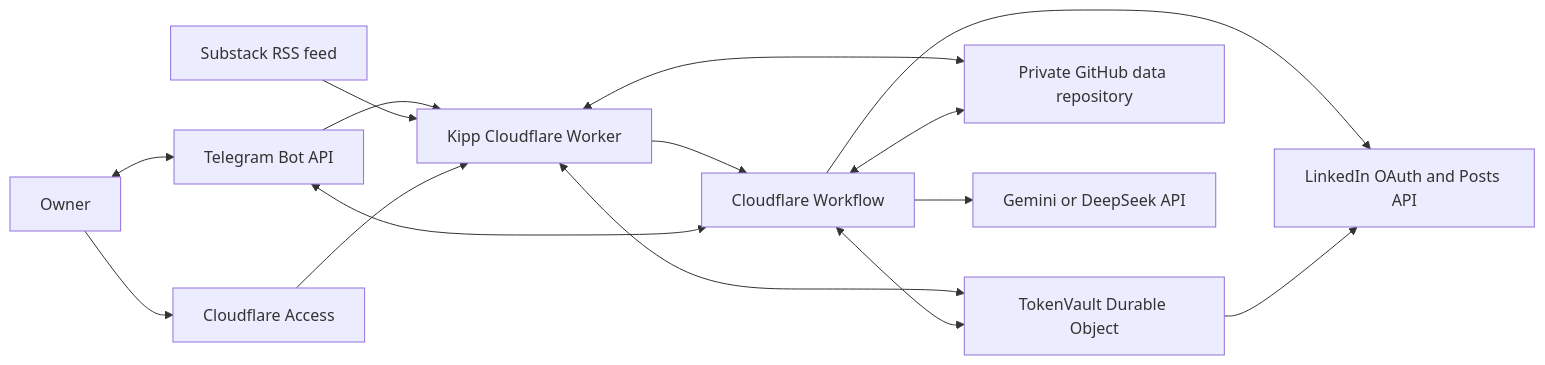
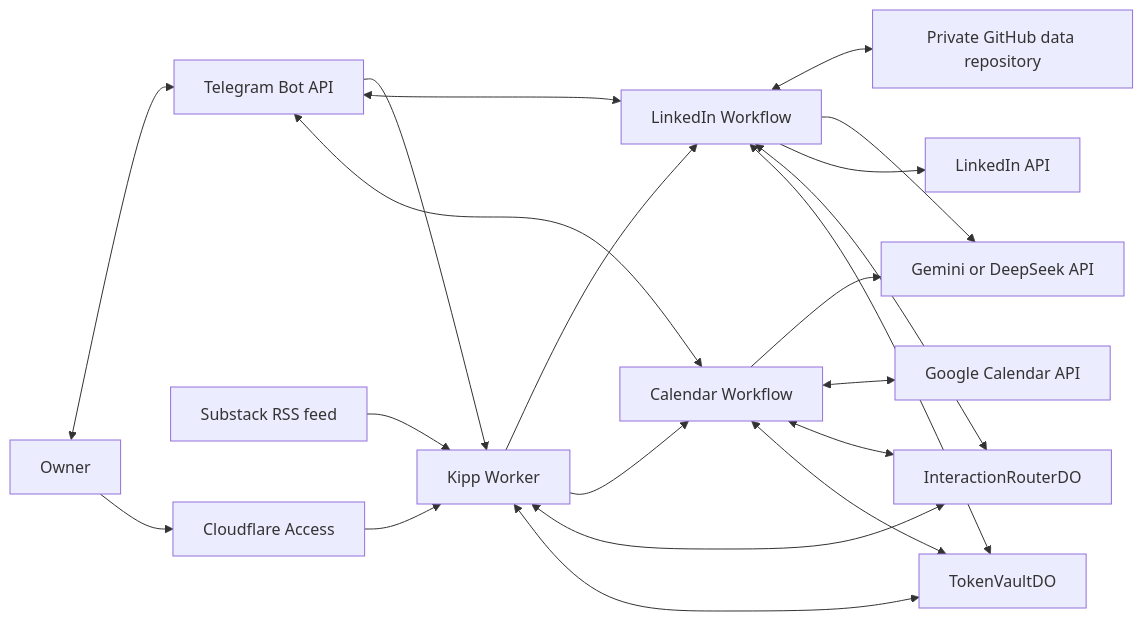
The first of 2 diagrams in docs/architecture/system.md (satwikhebbar/kipp), drawn with Mermaid before and after one commit. The commit also changed other lines of this file and 8 other files, not shown here.

Commit message:
docs: refresh Kipp architecture and README

````diff
--- a/docs/architecture/system.md
+++ b/docs/architecture/system.md
@@ -9,27 +10,24 @@
 ```mermaid
 flowchart LR
-  user["Owner"]
-  telegram["Telegram Bot API"]
-  rss["Substack RSS feed"]
-  access["Cloudflare Access"]
-  worker["Kipp Cloudflare Worker"]
-  workflow["Cloudflare Workflow"]
-  vault["TokenVault Durable Object"]
-  data["Private GitHub data repository"]
-  llm["Gemini or DeepSeek API"]
-  linkedin["LinkedIn OAuth and Posts API"]
+  owner["Owner"] <--> telegram["Telegram Bot API"]
+  substack["Substack RSS feed"] --> worker["Kipp Worker"]
+  telegram --> worker
+  owner --> access["Cloudflare Access"] --> worker
 
-  user <--> telegram
-  telegram --> worker
-  rss --> worker
-  user --> access --> worker
-  worker --> workflow
-  worker <--> vault
-  worker <--> data
-  workflow <--> telegram
-  workflow <--> data
-  workflow --> llm
-  workflow <--> vault
-  workflow --> linkedin
-  vault --> linkedin
+  worker --> linkedinFlow["LinkedIn Workflow"]
+  worker --> calendarFlow["Calendar Workflow"]
+  worker <--> router["InteractionRouterDO"]
+  worker <--> vault["TokenVaultDO"]
+
+  linkedinFlow <--> data["Private GitHub data repository"]
+  linkedinFlow --> llm["Gemini or DeepSeek API"]
+  linkedinFlow --> linkedin["LinkedIn API"]
+  calendarFlow --> llm
+  calendarFlow <--> calendar["Google Calendar API"]
+  linkedinFlow <--> telegram
+  calendarFlow <--> telegram
+  linkedinFlow <--> router
+  calendarFlow <--> router
+  linkedinFlow <--> vault
+  calendarFlow <--> vault
 ```
````
